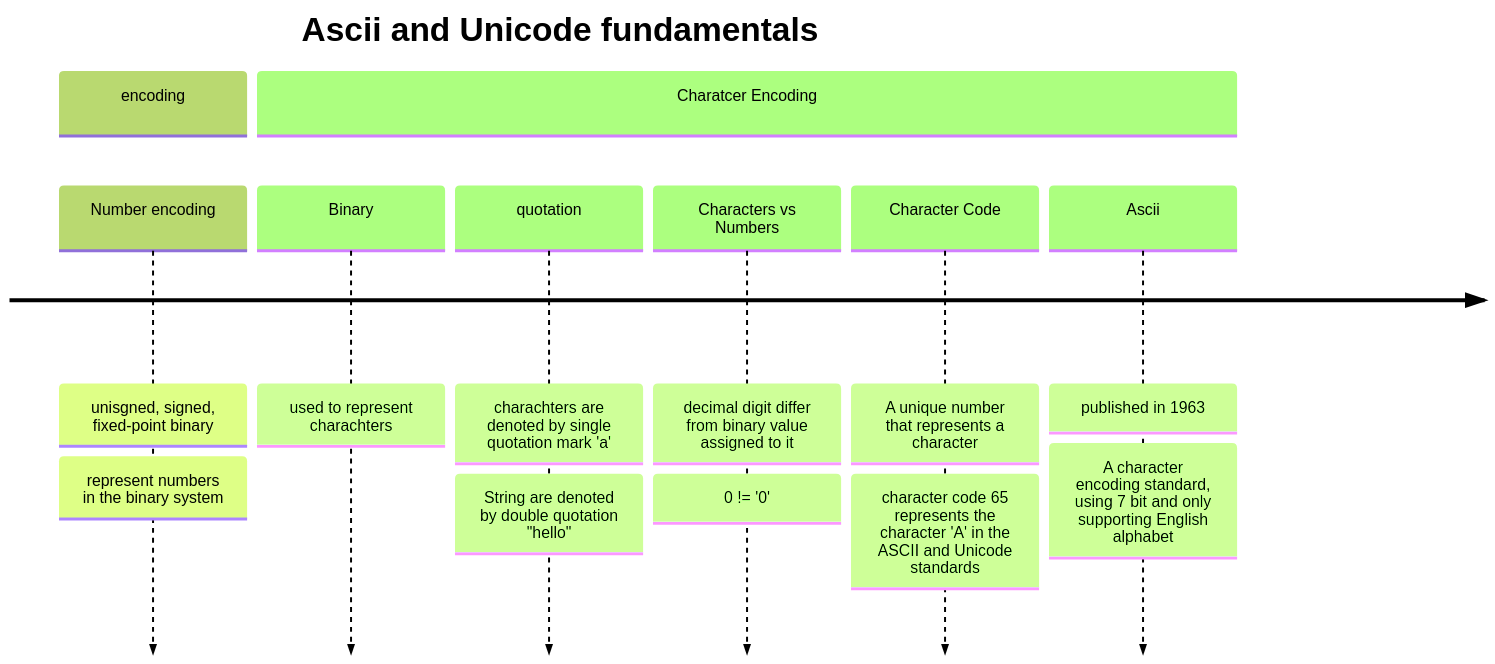
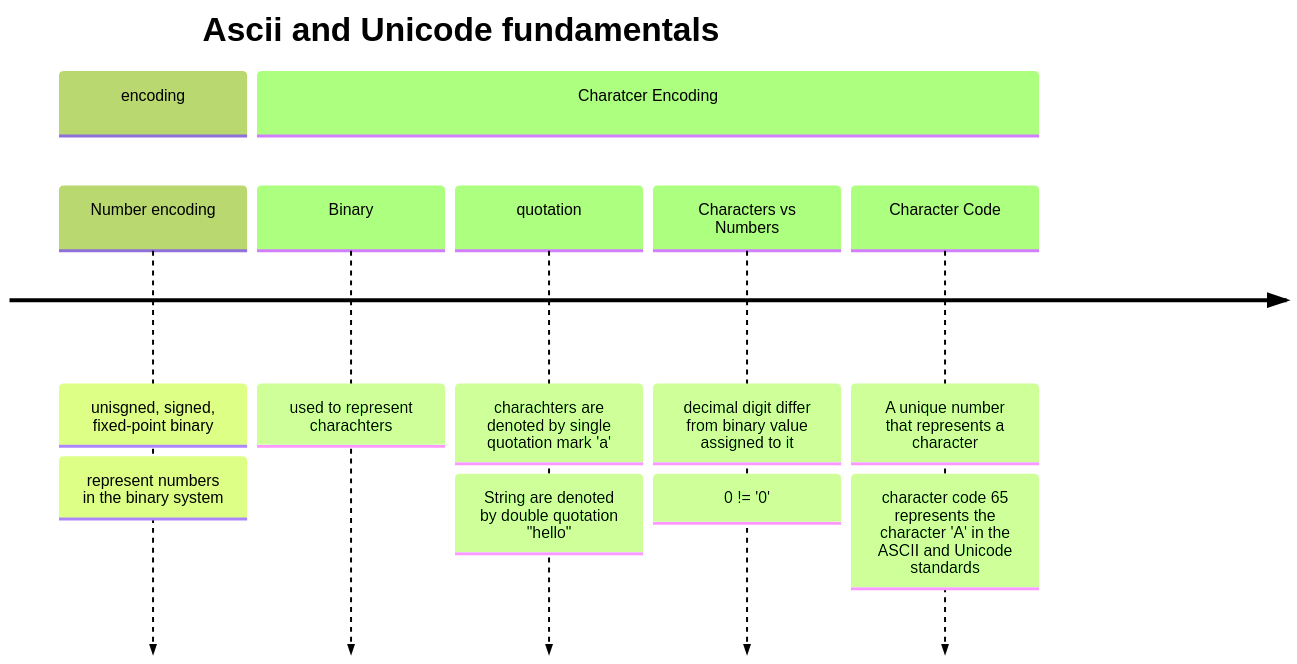
The first of 2 diagrams in 2023_Notes/week06-12_november/ascii_and_unicode.md (Marius-PA/ComputerScienceNotes), drawn with Mermaid (forest theme) before and after one commit. The commit also changed other lines of this file, not shown here.

````diff
--- a/2023_Notes/week06-12_november/ascii_and_unicode.md
+++ b/2023_Notes/week06-12_november/ascii_and_unicode.md
@@ -54,15 +54,14 @@
 ```mermaid
 timeline
     title Ascii and Unicode fundamentals
         section encoding
             Number encoding : unisgned, signed, fixed-point binary
                             : represent numbers in the binary system
             section Charatcer Encoding
                             Binary : used to represent charachters
                             quotation : charachters are denoted by single quotation mark 'a'
                                     : String are denoted by double quotation "hello"
                             Characters vs Numbers : decimal digit differ from binary value  assigned to it : 0 != '0'
                             Character Code : A unique number that represents a character : character code 65 represents the character 'A' in the ASCII and Unicode standards
-    Ascii : published in 1963 : A character encoding standard, using 7 bit and only supporting English alphabet
 
 ```
````
